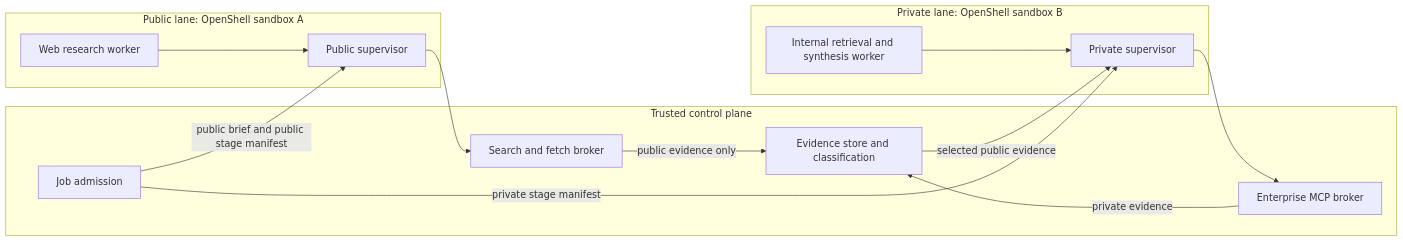
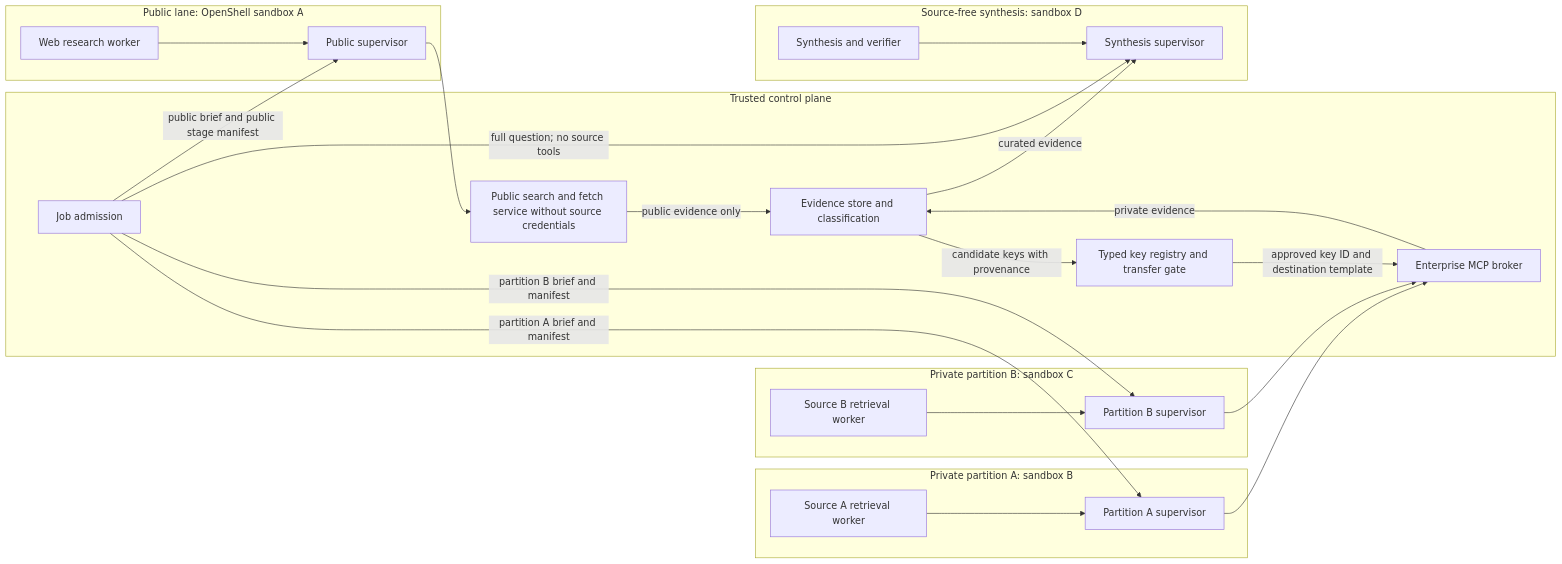
Diagram 11 of 15 in docs/architecture.md (gvaibhav/openshell-deep-research-platform), drawn with Mermaid before and after one commit. The commit also changed other lines of this file and 48 other files, not shown here.

````diff
--- a/docs/architecture.md
+++ b/docs/architecture.md
@@ -329,26 +478,42 @@
 ```mermaid
 flowchart LR
     subgraph Public["Public lane: OpenShell sandbox A"]
         PW["Web research worker"]
         PS["Public supervisor"]
         PW --> PS
     end
     subgraph Trusted["Trusted control plane"]
         ES["Evidence store and classification"]
         AD["Job admission"]
-        WEB["Search and fetch broker"]
+        WEB["Public search and fetch service without source credentials"]
         MB["Enterprise MCP broker"]
+        TR["Typed key registry and transfer gate"]
     end
-    subgraph Private["Private lane: OpenShell sandbox B"]
-        IW["Internal retrieval and synthesis worker"]
-        IS["Private supervisor"]
-        IW --> IS
+    subgraph PrivateA["Private partition A: sandbox B"]
+        AW["Source A retrieval worker"]
+        AS["Partition A supervisor"]
+        AW --> AS
+    end
+    subgraph PrivateB["Private partition B: sandbox C"]
+        BW["Source B retrieval worker"]
+        BS["Partition B supervisor"]
+        BW --> BS
+    end
+    subgraph Synthesis["Source-free synthesis: sandbox D"]
+        SW["Synthesis and verifier"]
+        SS["Synthesis supervisor"]
+        SW --> SS
     end
     PS --> WEB
-    IS --> MB
+    AS --> MB
+    BS --> MB
     WEB -->|"public evidence only"| ES
-    ES -->|"selected public evidence"| IS
     MB -->|"private evidence"| ES
+    ES -->|"candidate keys with provenance"| TR
+    TR -->|"approved key ID and destination template"| MB
+    ES -->|"curated evidence"| SS
     AD -->|"public brief and public stage manifest"| PS
-    AD -->|"private stage manifest"| IS
+    AD -->|"partition A brief and manifest"| AS
+    AD -->|"partition B brief and manifest"| BS
+    AD -->|"full question; no source tools"| SS
 ```
````
